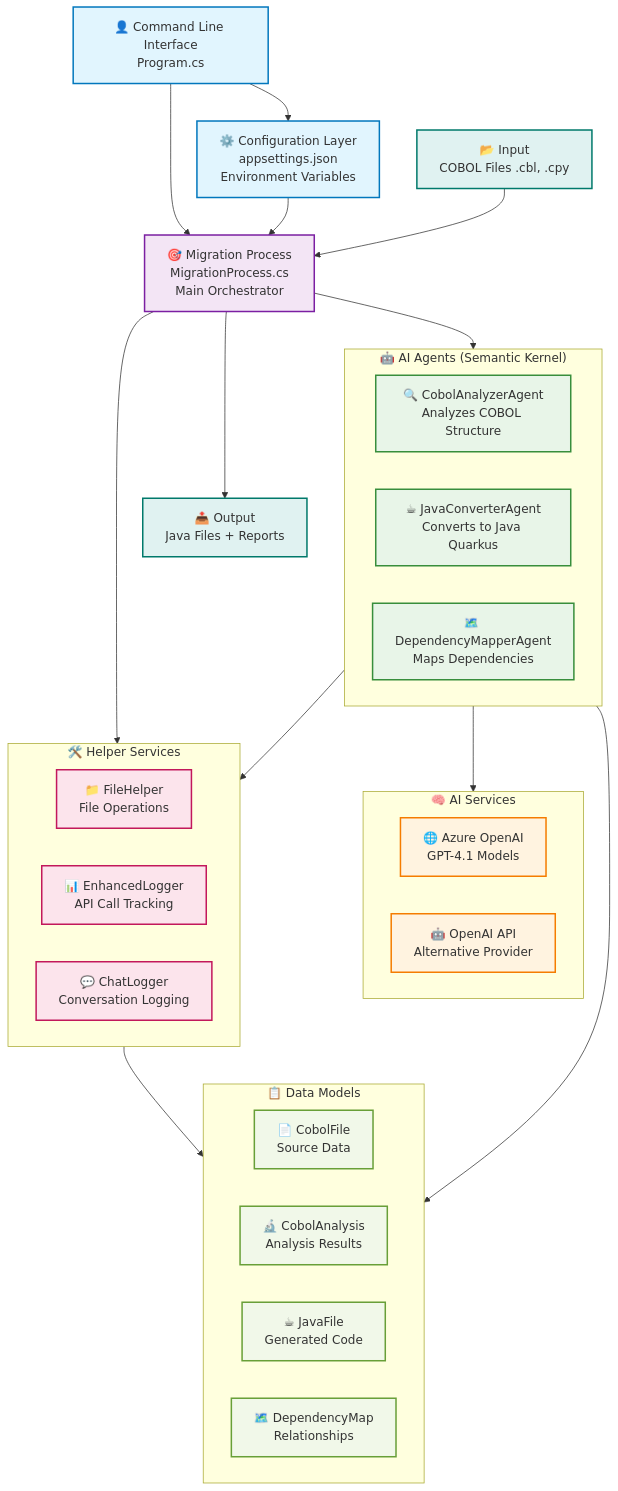
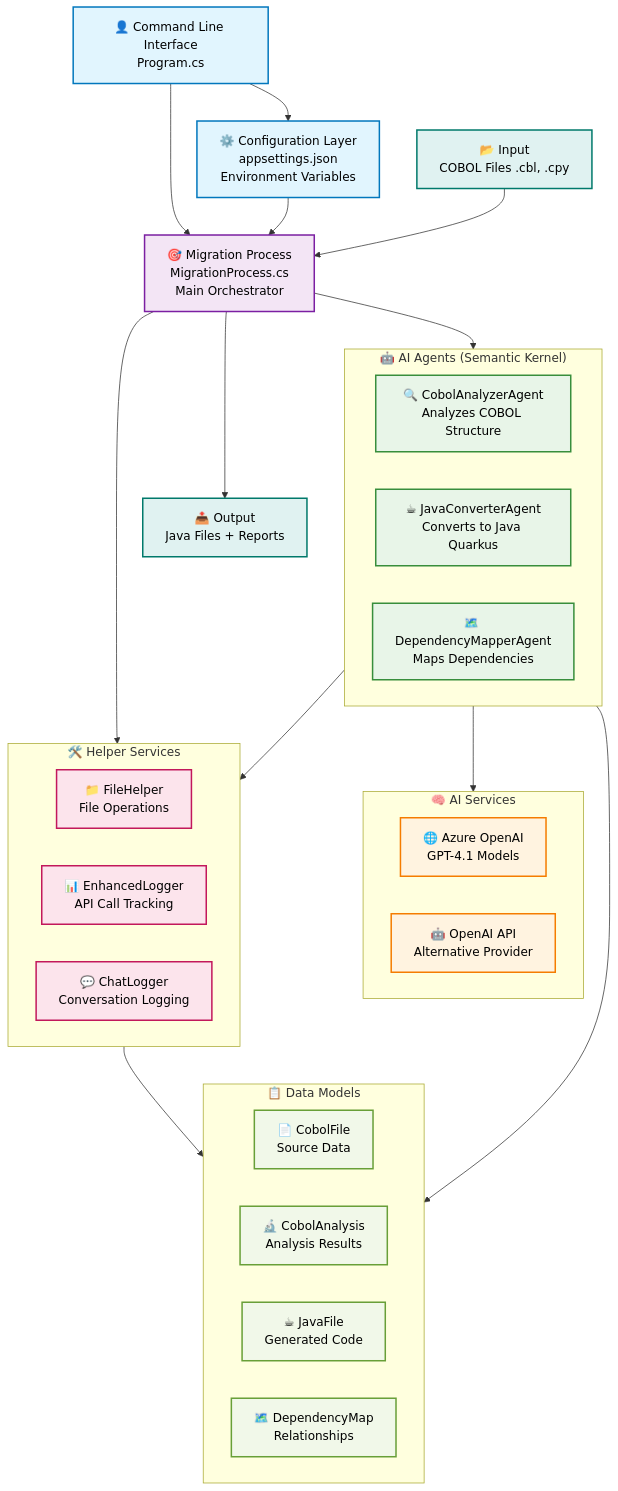
One commit to Azure-Samples/Legacy-Modernization-Agents changed the first of 4 diagrams in SEMANTIC_KERNEL_ARCHITECTURE.md. Above: the diagram before and after it, drawn with Mermaid. The commit also changed other lines of this file, not shown here.

Commit message:
Fixed diagram text color

````diff
--- a/SEMANTIC_KERNEL_ARCHITECTURE.md
+++ b/SEMANTIC_KERNEL_ARCHITECTURE.md
@@ -9,73 +9,73 @@
 ```mermaid
 graph TB
     %% User Interaction Layer
     CLI[👤 Command Line Interface<br/>Program.cs]
     
     %% Configuration Layer
     CONFIG[⚙️ Configuration Layer<br/>appsettings.json<br/>Environment Variables]
     
     %% Core Process Orchestrator
     PROCESS[🎯 Migration Process<br/>MigrationProcess.cs<br/>Main Orchestrator]
     
     %% AI Agents Layer
     subgraph AGENTS ["🤖 AI Agents (Semantic Kernel)"]
         COBOL_AGENT[🔍 CobolAnalyzerAgent<br/>Analyzes COBOL Structure]
         JAVA_AGENT[☕ JavaConverterAgent<br/>Converts to Java Quarkus]
         DEP_AGENT[🗺️ DependencyMapperAgent<br/>Maps Dependencies]
     end
     
     %% AI Service Layer
     subgraph AI_SERVICES ["🧠 AI Services"]
         AZURE_OPENAI[🌐 Azure OpenAI<br/>GPT-4.1 Models]
         OPENAI[🤖 OpenAI API<br/>Alternative Provider]
     end
     
     %% Helper Services
     subgraph HELPERS ["🛠️ Helper Services"]
         FILE_HELPER[📁 FileHelper<br/>File Operations]
         LOGGER[📊 EnhancedLogger<br/>API Call Tracking]
         CHAT_LOGGER[💬 ChatLogger<br/>Conversation Logging]
     end
     
     %% Data Models
     subgraph MODELS ["📋 Data Models"]
         COBOL_MODEL[📄 CobolFile<br/>Source Data]
         ANALYSIS_MODEL[🔬 CobolAnalysis<br/>Analysis Results]
         JAVA_MODEL[☕ JavaFile<br/>Generated Code]
         DEP_MODEL[🗺️ DependencyMap<br/>Relationships]
     end
     
     %% Input/Output
     INPUT[📂 Input<br/>COBOL Files .cbl, .cpy]
     OUTPUT[📤 Output<br/>Java Files + Reports]
     
     %% Connections
     CLI --> CONFIG
     CLI --> PROCESS
     CONFIG --> PROCESS
     PROCESS --> AGENTS
     AGENTS --> AI_SERVICES
     PROCESS --> HELPERS
     AGENTS --> HELPERS
     HELPERS --> MODELS
     AGENTS --> MODELS
     INPUT --> PROCESS
     PROCESS --> OUTPUT
     
     %% Styling
-    classDef userLayer fill:#e1f5fe,stroke:#0277bd,stroke-width:2px
-    classDef processLayer fill:#f3e5f5,stroke:#7b1fa2,stroke-width:2px
-    classDef agentLayer fill:#e8f5e8,stroke:#388e3c,stroke-width:2px
-    classDef serviceLayer fill:#fff3e0,stroke:#f57c00,stroke-width:2px
-    classDef helperLayer fill:#fce4ec,stroke:#c2185b,stroke-width:2px
-    classDef modelLayer fill:#f1f8e9,stroke:#689f38,stroke-width:2px
-    classDef ioLayer fill:#e0f2f1,stroke:#00796b,stroke-width:2px
+    classDef userLayer fill:#e1f5fe,stroke:#0277bd,stroke-width:2px,color:#000000
+    classDef processLayer fill:#f3e5f5,stroke:#7b1fa2,stroke-width:2px,color:#000000
+    classDef agentLayer fill:#e8f5e8,stroke:#388e3c,stroke-width:2px,color:#000000
+    classDef serviceLayer fill:#fff3e0,stroke:#f57c00,stroke-width:2px,color:#000000
+    classDef helperLayer fill:#fce4ec,stroke:#c2185b,stroke-width:2px,color:#000000
+    classDef modelLayer fill:#f1f8e9,stroke:#689f38,stroke-width:2px,color:#000000
+    classDef ioLayer fill:#e0f2f1,stroke:#00796b,stroke-width:2px,color:#000000
     
     class CLI,CONFIG userLayer
     class PROCESS processLayer
     class COBOL_AGENT,JAVA_AGENT,DEP_AGENT agentLayer
     class AZURE_OPENAI,OPENAI serviceLayer
     class FILE_HELPER,LOGGER,CHAT_LOGGER helperLayer
     class COBOL_MODEL,ANALYSIS_MODEL,JAVA_MODEL,DEP_MODEL modelLayer
     class INPUT,OUTPUT ioLayer
 ```
````
